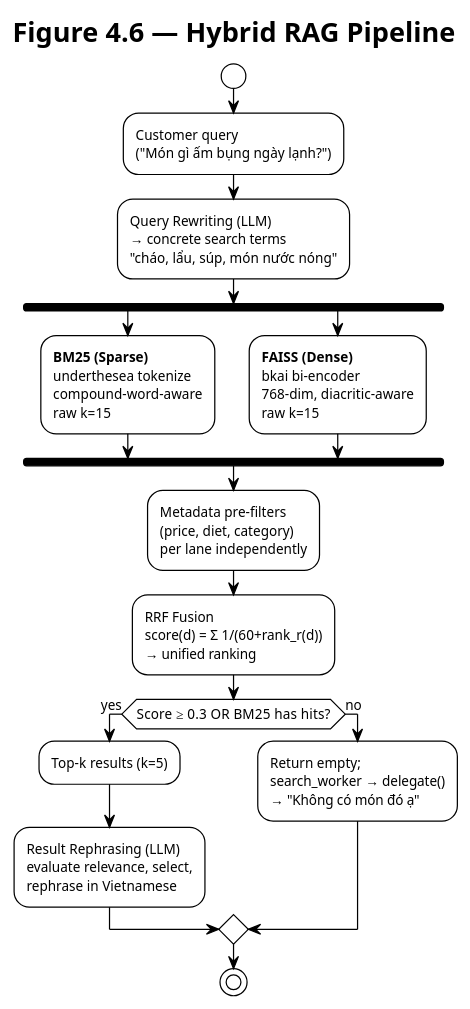
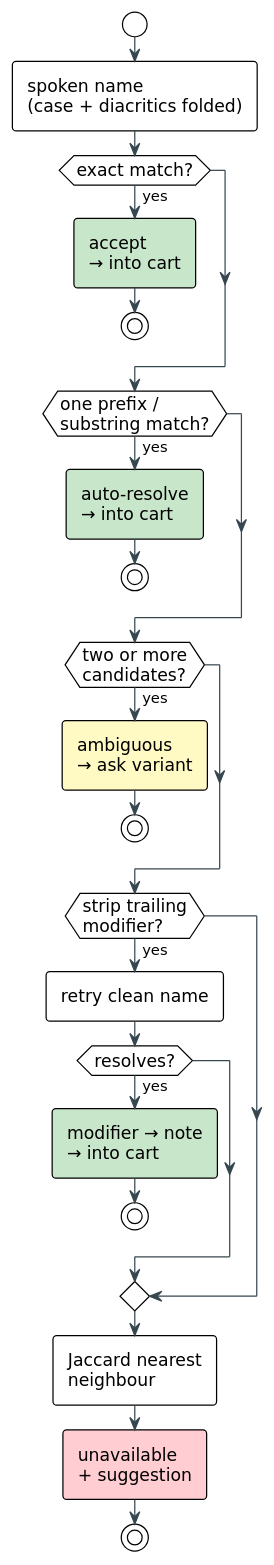
Before and after one commit to ThinhQuocLe007/AIWaiter: the sixth of 17 diagrams in docs/thesis/diagram.md, drawn with PlantUML. The commit also changed other lines of this file and 45 other files, not shown here.

````diff
--- a/docs/thesis/diagram.md
+++ b/docs/thesis/diagram.md
@@ -911,34 +533,47 @@
 ```plantuml
 @startuml
+' ── print profile (see "Rendering" at the top of this file) ──
 !theme plain
 skinparam backgroundColor #FFFFFF
-skinparam defaultFontSize 11
-
-title Figure 4.6 — Hybrid RAG Pipeline
+skinparam defaultFontName "DejaVu Sans"
+skinparam defaultFontSize 14
+skinparam shadowing false
+skinparam nodesep 18
+skinparam ranksep 24
+skinparam padding 2
+skinparam roundCorner 6
+skinparam ArrowColor #37474F
+skinparam ArrowFontSize 12
 
 start
-:Customer query\n("Món gì ấm bụng ngày lạnh?");
+:spoken name\n(case + diacritics folded);
 
-:Query Rewriting (LLM)\n→ concrete search terms\n"cháo, lẩu, súp, món nước nóng";
-
-fork
-  :**BM25 (Sparse)**\nunderthesea tokenize\ncompound-word-aware\nraw k=15;
-fork again
-  :**FAISS (Dense)**\nbkai bi-encoder\n768-dim, diacritic-aware\nraw k=15;
-end fork
-
-:Metadata pre-filters\n(price, diet, category)\nper lane independently;
-
-:RRF Fusion\nscore(d) = Σ 1/(60+rank_r(d))\n→ unified ranking;
-
-if (Score ≥ 0.3 OR BM25 has hits?) then (yes)
-  :Top-k results (k=5);
-  :Result Rephrasing (LLM)\nevaluate relevance, select,\nrephrase in Vietnamese;
-else (no)
-  :Return empty;\nsearch_worker → delegate()\n→ "Không có món đó ạ";
+if (exact match?) then (yes)
+  #C8E6C9:accept\n→ into cart;
+  stop
 endif
 
+if (one prefix /\nsubstring match?) then (yes)
+  #C8E6C9:auto-resolve\n→ into cart;
+  stop
+endif
+
+if (two or more\ncandidates?) then (yes)
+  #FFF9C4:ambiguous\n→ ask variant;
+  stop
+endif
+
+if (strip trailing\nmodifier?) then (yes)
+  :retry clean name;
+  if (resolves?) then (yes)
+    #C8E6C9:modifier → note\n→ into cart;
+    stop
+  endif
+endif
+
+:Jaccard nearest\nneighbour;
+#FFCDD2:unavailable\n+ suggestion;
 stop
 
 @enduml
 ```
````
